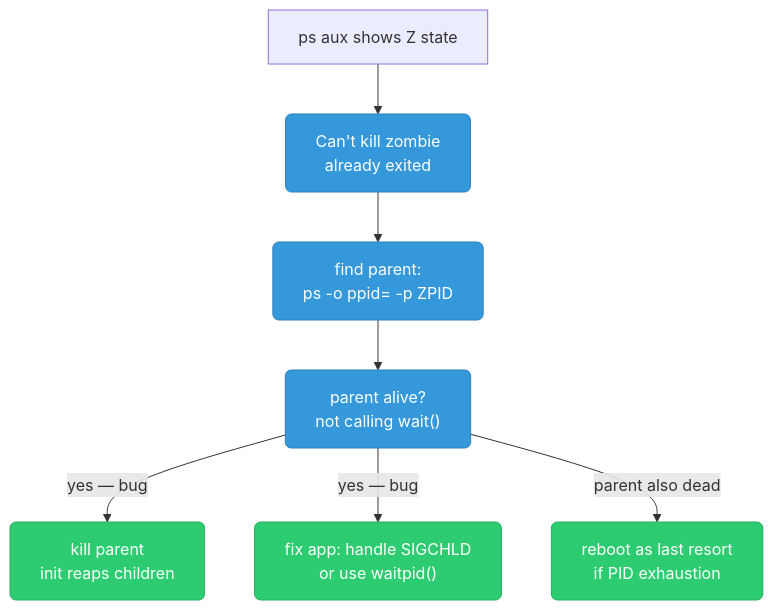
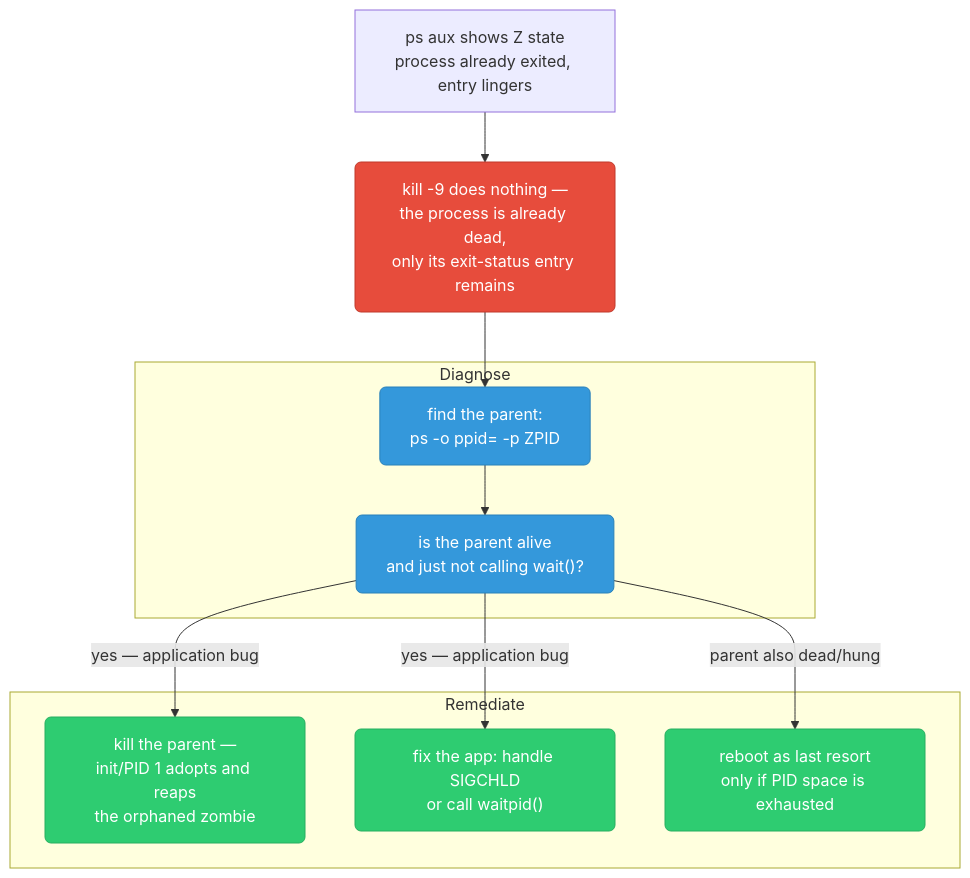
The third of 10 diagrams in sre/linux-debugging.md (deepanshu-rawat6/DevOpsIndex), drawn with Mermaid before and after one commit. The commit also changed other lines of this file and 10 other files, not shown here.

````diff
--- a/sre/linux-debugging.md
+++ b/sre/linux-debugging.md
@@ -119,17 +193,24 @@
 ```mermaid
 graph TD
     classDef check fill:#3498db,stroke:#2980b9,color:#fff,rx:6
     classDef fix fill:#2ecc71,stroke:#27ae60,color:#fff,rx:6
+    classDef warn fill:#e74c3c,stroke:#c0392b,color:#fff,rx:6
 
-    START["ps aux shows Z state"]
-    CANT_KILL["Can't kill zombie<br/>already exited"]:::check
-    FIND_PARENT["find parent:<br/>ps -o ppid= -p ZPID"]:::check
-    PARENT_ALIVE["parent alive?<br/>not calling wait()"]:::check
-    KILL_PARENT["kill parent<br/>init reaps children"]:::fix
-    FIX_APP["fix app: handle SIGCHLD<br/>or use waitpid()"]:::fix
-    REBOOT["reboot as last resort<br/>if PID exhaustion"]:::fix
+    START["ps aux shows Z state<br/>process already exited, entry lingers"]
+    CANT_KILL["kill -9 does nothing —<br/>the process is already dead,<br/>only its exit-status entry remains"]:::warn
+
+    subgraph DIAGNOSE["Diagnose"]
+        FIND_PARENT["find the parent:<br/>ps -o ppid= -p ZPID"]:::check
+        PARENT_ALIVE["is the parent alive<br/>and just not calling wait()?"]:::check
+    end
+
+    subgraph REMEDIATE["Remediate"]
+        KILL_PARENT["kill the parent —<br/>init/PID 1 adopts and reaps<br/>the orphaned zombie"]:::fix
+        FIX_APP["fix the app: handle SIGCHLD<br/>or call waitpid()"]:::fix
+        REBOOT["reboot as last resort<br/>only if PID space is exhausted"]:::fix
+    end
 
     START --> CANT_KILL --> FIND_PARENT --> PARENT_ALIVE
-    PARENT_ALIVE -->|"yes — bug"| KILL_PARENT & FIX_APP
-    PARENT_ALIVE -->|"parent also dead"| REBOOT
+    PARENT_ALIVE -->|"yes — application bug"| KILL_PARENT & FIX_APP
+    PARENT_ALIVE -->|"parent also dead/hung"| REBOOT
 ```
````
